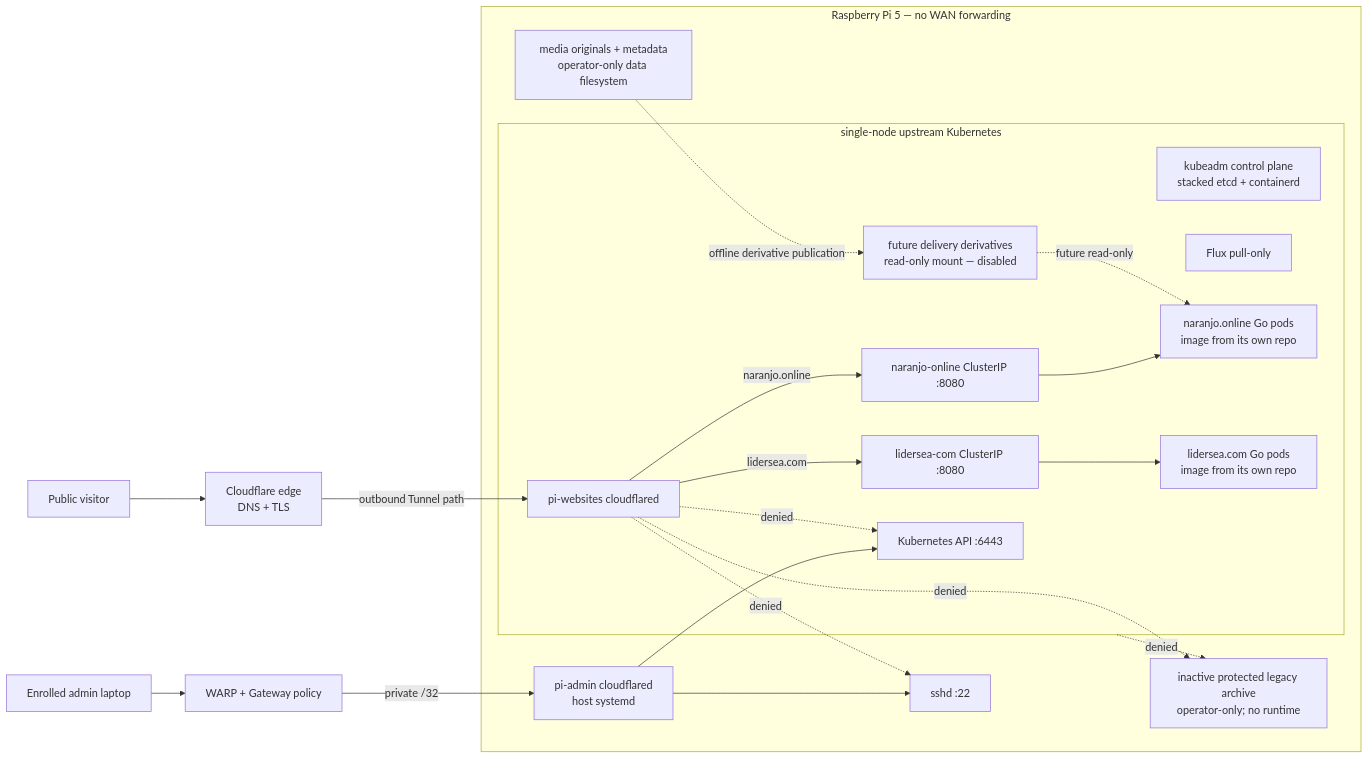
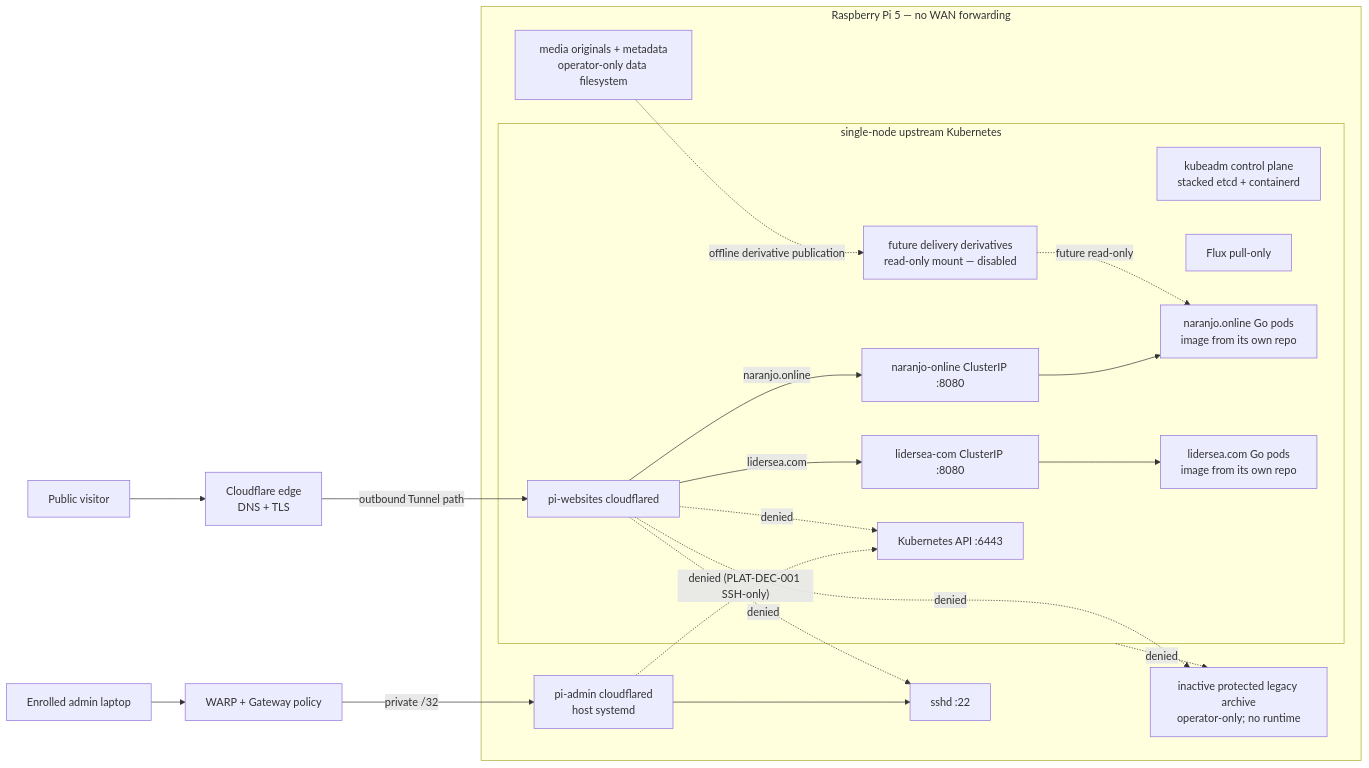
Before and after one commit to snaraj/website-infrastructure: the diagram in docs/architecture/overview.md, drawn with Mermaid. The commit also changed 41 other files, not shown here.

````diff
--- a/docs/architecture/overview.md
+++ b/docs/architecture/overview.md
@@ -7,36 +7,36 @@
 ```mermaid
 flowchart LR
   Visitor["Public visitor"] --> Edge["Cloudflare edge\nDNS + TLS"]
   Admin["Enrolled admin laptop"] --> WARP["WARP + Gateway policy"]
 
   subgraph Pi["Raspberry Pi 5 — no WAN forwarding"]
     AdminTunnel["pi-admin cloudflared\nhost systemd"]
     SSH["sshd :22"]
     subgraph Kubernetes["single-node upstream Kubernetes"]
       API["Kubernetes API :6443"]
       ControlPlane["kubeadm control plane\nstacked etcd + containerd"]
       Flux["Flux pull-only"]
       PublicTunnel["pi-websites cloudflared"]
       NaranjoService["naranjo-online ClusterIP :8080"]
       LiderseaService["lidersea-com ClusterIP :8080"]
       NaranjoPods["naranjo.online Go pods\nimage from its own repo"]
       LiderseaPods["lidersea.com Go pods\nimage from its own repo"]
       Delivery["future delivery derivatives\nread-only mount — disabled"]
     end
     Originals["media originals + metadata\noperator-only data filesystem"]
     LegacyArchive["inactive protected legacy archive\noperator-only; no runtime"]
   end
 
   Edge -->|"outbound Tunnel path"| PublicTunnel
   PublicTunnel -->|"naranjo.online"| NaranjoService --> NaranjoPods
   PublicTunnel -->|"lidersea.com"| LiderseaService --> LiderseaPods
   Delivery -. "future read-only" .-> NaranjoPods
   Originals -. "offline derivative publication" .-> Delivery
   WARP -->|"private /32"| AdminTunnel
   AdminTunnel --> SSH
-  AdminTunnel --> API
+  AdminTunnel -. "denied (PLAT-DEC-001 SSH-only)" .-> API
   PublicTunnel -. "denied" .-> SSH
   PublicTunnel -. "denied" .-> API
   PublicTunnel -. "denied" .-> LegacyArchive
   Kubernetes -. "denied" .-> LegacyArchive
 ```
````
